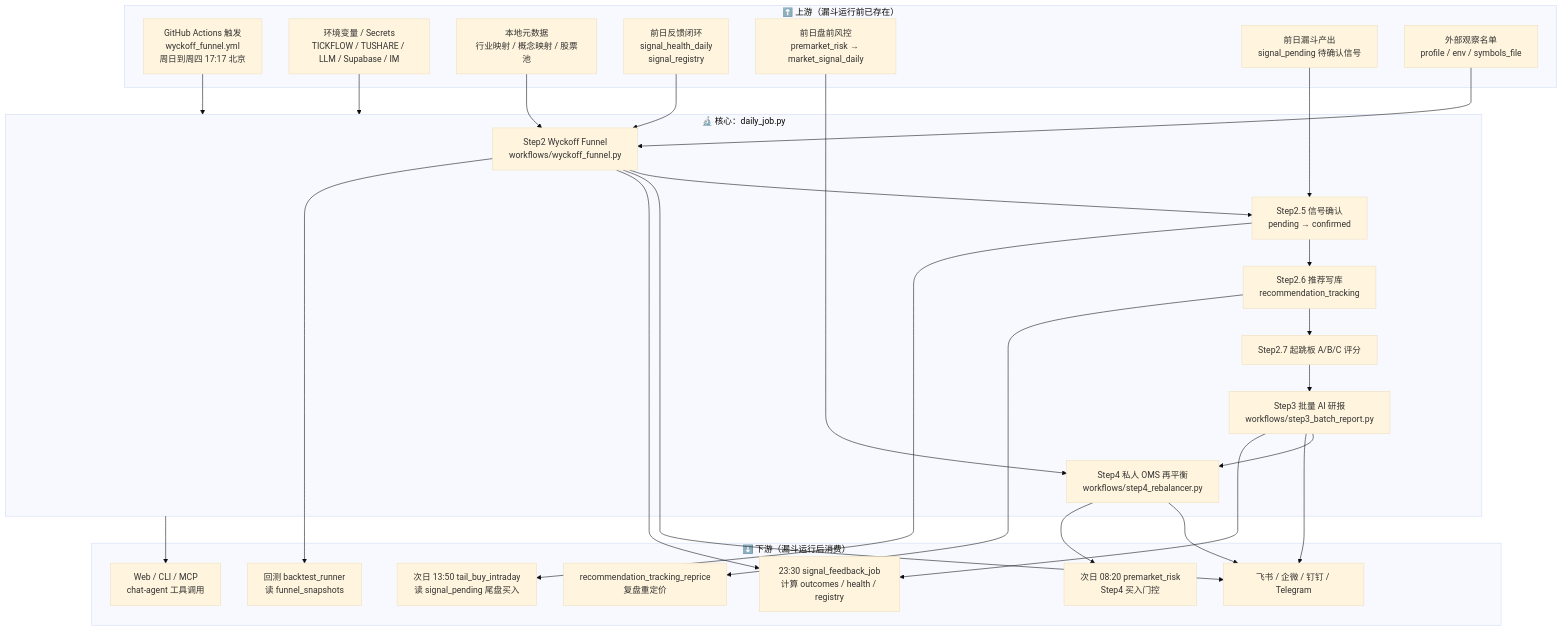
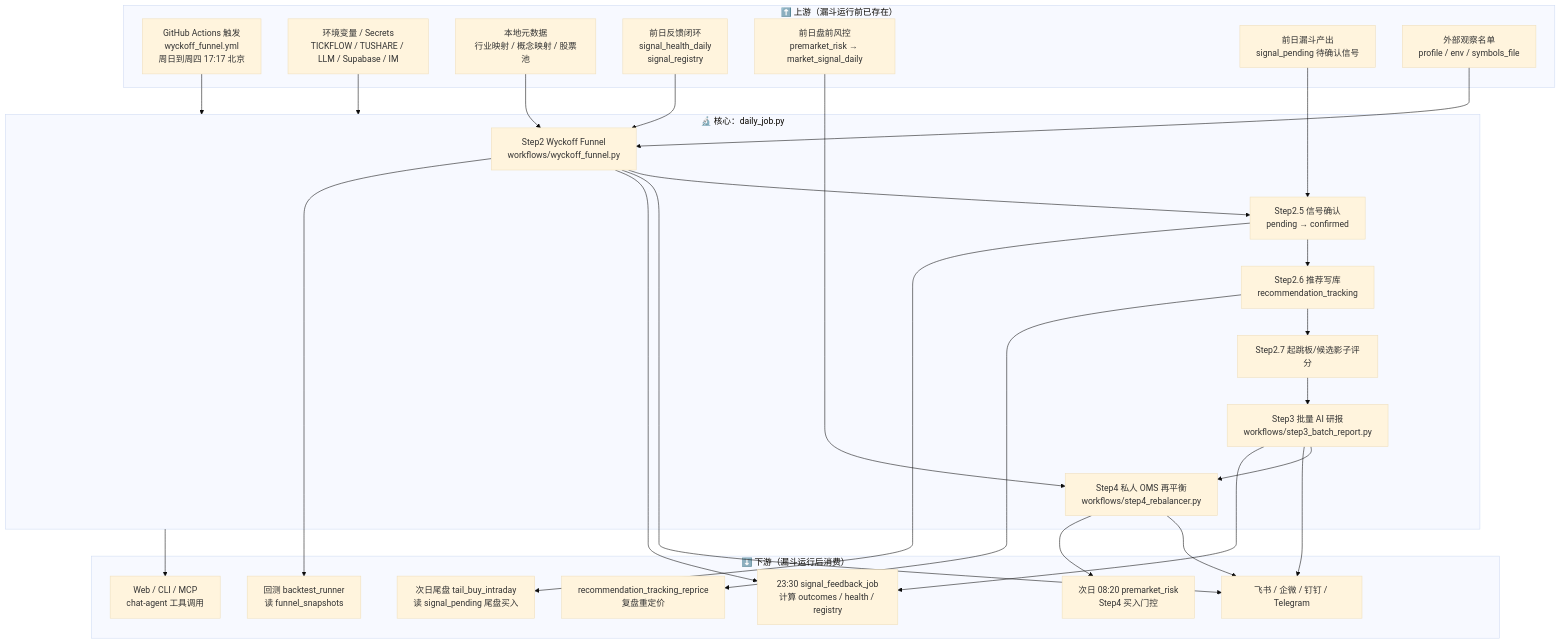
The first of 7 diagrams in docs/A_SHARE_FUNNEL_FLOW.md (niyoh120/Wyckoff-Analysis), drawn with Mermaid (base theme) before and after one commit. The commit also changed other lines of this file and 10 other files, not shown here.

````diff
--- a/docs/A_SHARE_FUNNEL_FLOW.md
+++ b/docs/A_SHARE_FUNNEL_FLOW.md
@@ -11,53 +11,53 @@
 ```mermaid
 flowchart TB
     subgraph UPSTREAM["⬆️ 上游（漏斗运行前已存在）"]
         U1["GitHub Actions 触发<br/>wyckoff_funnel.yml<br/>周日到周四 17:17 北京"]
         U2["环境变量 / Secrets<br/>TICKFLOW / TUSHARE / LLM / Supabase / IM"]
         U3["本地元数据<br/>行业映射 / 概念映射 / 股票池"]
         U4["前日反馈闭环<br/>signal_health_daily<br/>signal_registry"]
         U5["前日盘前风控<br/>premarket_risk → market_signal_daily"]
         U6["前日漏斗产出<br/>signal_pending 待确认信号"]
         U7["外部观察名单<br/>profile / env / symbols_file"]
     end
 
     subgraph CORE["🔬 核心：daily_job.py"]
         S2["Step2 Wyckoff Funnel<br/>workflows/wyckoff_funnel.py"]
         S25["Step2.5 信号确认<br/>pending → confirmed"]
         S26["Step2.6 推荐写库<br/>recommendation_tracking"]
-        S27["Step2.7 起跳板 A/B/C 评分"]
+        S27["Step2.7 起跳板/候选影子评分"]
         S3["Step3 批量 AI 研报<br/>workflows/step3_batch_report.py"]
         S4["Step4 私人 OMS 再平衡<br/>workflows/step4_rebalancer.py"]
     end
 
     subgraph DOWNSTREAM["⬇️ 下游（漏斗运行后消费）"]
         D1["23:30 signal_feedback_job<br/>计算 outcomes / health / registry"]
         D2["次日 08:20 premarket_risk<br/>Step4 买入门控"]
-        D3["次日 13:50 tail_buy_intraday<br/>读 signal_pending 尾盘买入"]
+        D3["次日尾盘 tail_buy_intraday<br/>读 signal_pending 尾盘买入"]
         D4["Web / CLI / MCP<br/>chat-agent 工具调用"]
         D5["回测 backtest_runner<br/>读 funnel_snapshots"]
         D6["recommendation_tracking_reprice<br/>复盘重定价"]
         D7["飞书 / 企微 / 钉钉 / Telegram"]
     end
 
     U1 --> CORE
     U2 --> CORE
     U3 --> S2
     U4 --> S2
     U5 --> S4
     U6 --> S25
     U7 --> S2
 
     S2 --> S25 --> S26 --> S27 --> S3 --> S4
 
     S2 --> D7
     S3 --> D7
     S4 --> D7
 
     S2 --> D1
     S3 --> D1
     S4 --> D2
     S25 --> D3
     S26 --> D6
     S2 --> D5
     CORE --> D4
 ```
````
